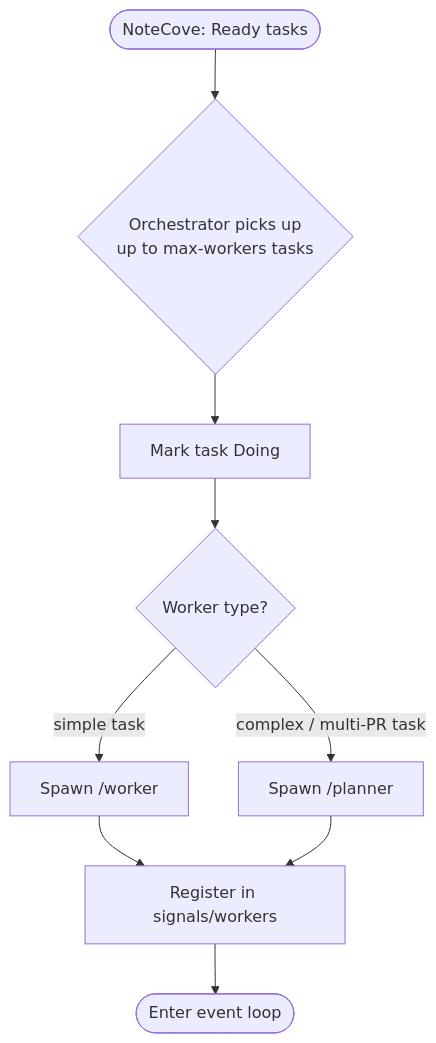
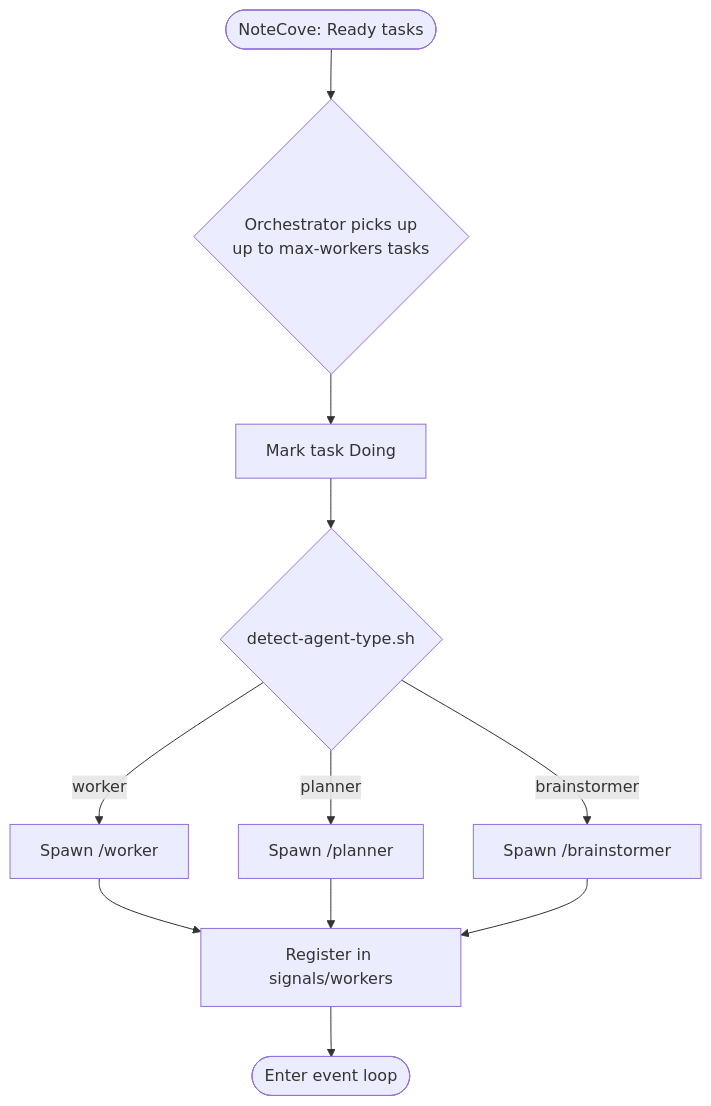
One commit to gara2000/agentmesh changed the second of 12 diagrams in docs/agentic-workflow.md. Above: the diagram before and after it, drawn with Mermaid. The commit also changed other lines of this file and 2 other files, not shown here.

Commit message:
feat(scripts): extract agent-type detection heuristics into detect-agent-type.sh [WORK-tbd]
- Add scripts/detect-agent-type.sh: reads title via --title flag and
  description via stdin; prints brainstormer, planner, or worker based
  on keyword heuristics; defaults to worker on error
- Update CLAUDE.md and docs/agentic-workflow.md: add script to project
  structure table; fix flowchart to show brainstormer as third agent type
  alongside planner and worker

````diff
--- a/docs/agentic-workflow.md
+++ b/docs/agentic-workflow.md
@@ -63,10 +65,11 @@
 ```mermaid
 flowchart TD
     A([NoteCove: Ready tasks]) --> B{Orchestrator picks up\nup to max-workers tasks}
     B --> C[Mark task Doing]
-    C --> D{Worker type?}
-    D -->|simple task| E[Spawn /worker]
-    D -->|complex / multi-PR task| F[Spawn /planner]
-    E & F --> G[Register in signals/workers]
-    G --> H([Enter event loop])
+    C --> D{detect-agent-type.sh}
+    D -->|worker| E[Spawn /worker]
+    D -->|planner| F[Spawn /planner]
+    D -->|brainstormer| G[Spawn /brainstormer]
+    E & F & G --> H[Register in signals/workers]
+    H --> I([Enter event loop])
 ```
````
